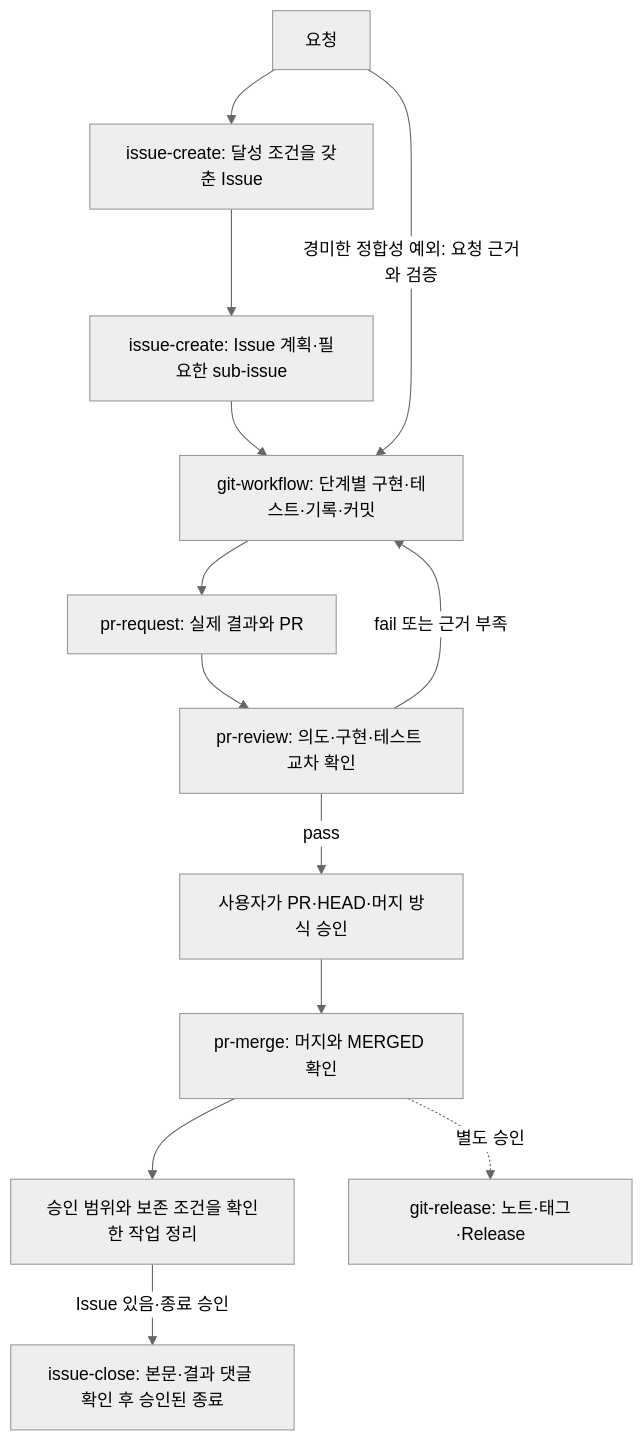
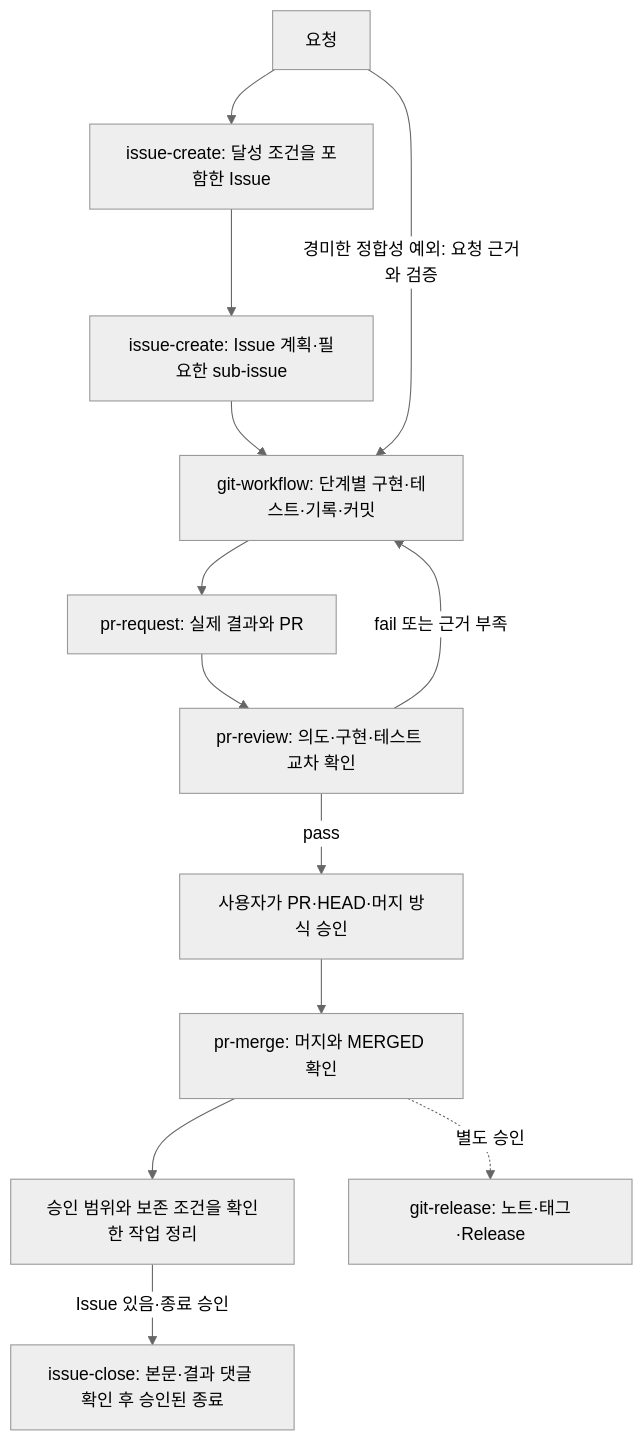
The diagram in README.ko.md (insung/git-workflow), drawn with Mermaid (neutral theme) before and after one commit. The commit also changed other lines of this file and 64 other files, not shown here.

````diff
--- a/README.ko.md
+++ b/README.ko.md
@@ -45,15 +45,15 @@
 ```mermaid
 flowchart TD
-    A[요청] --> B[issue-create: 달성 조건을 갖춘 Issue]
+    A[요청] --> B[issue-create: 달성 조건을 포함한 Issue]
     B --> C[issue-create: Issue 계획·필요한 sub-issue]
     C --> D[git-workflow: 단계별 구현·테스트·기록·커밋]
     A -->|경미한 정합성 예외: 요청 근거와 검증| D
     D --> E[pr-request: 실제 결과와 PR]
     E --> F[pr-review: 의도·구현·테스트 교차 확인]
     F -->|fail 또는 근거 부족| D
     F -->|pass| G[사용자가 PR·HEAD·머지 방식 승인]
     G --> H[pr-merge: 머지와 MERGED 확인]
     H --> J[승인 범위와 보존 조건을 확인한 작업 정리]
     J -->|Issue 있음·종료 승인| K[issue-close: 본문·결과 댓글 확인 후 승인된 종료]
     H -. 별도 승인 .-> I[git-release: 노트·태그·Release]
 ```
````
